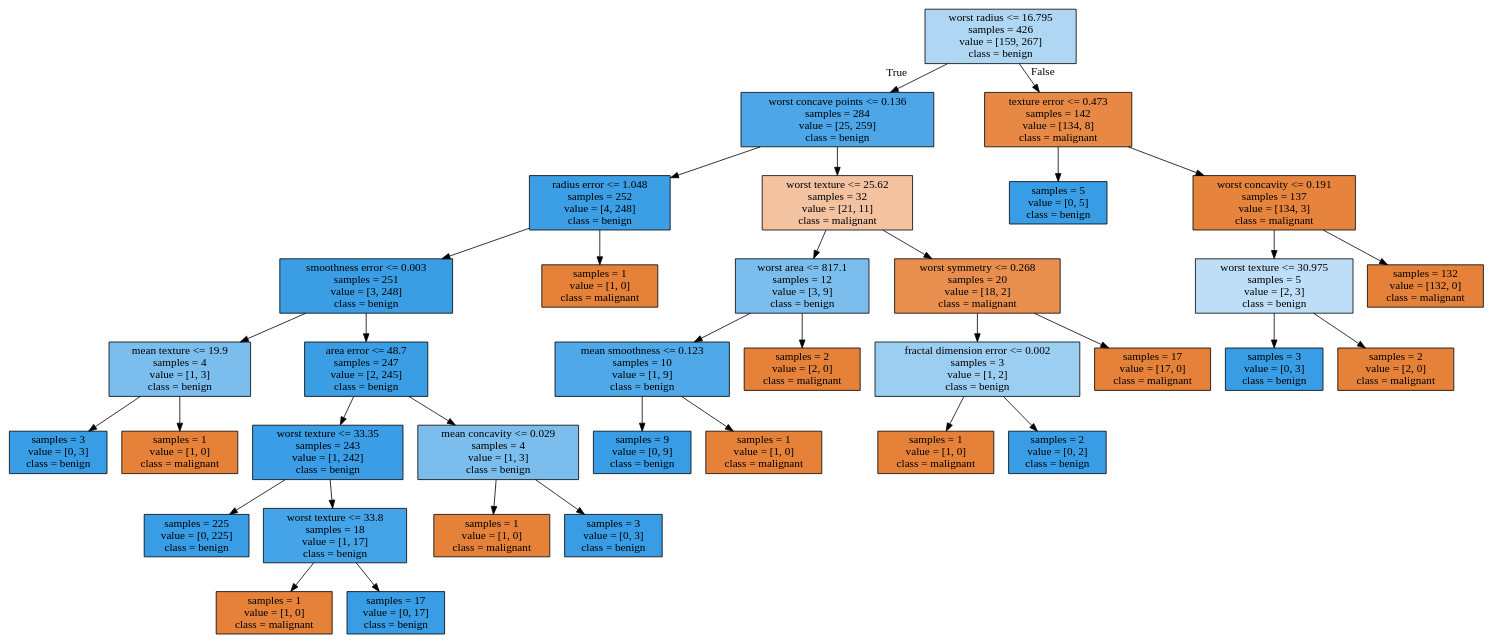
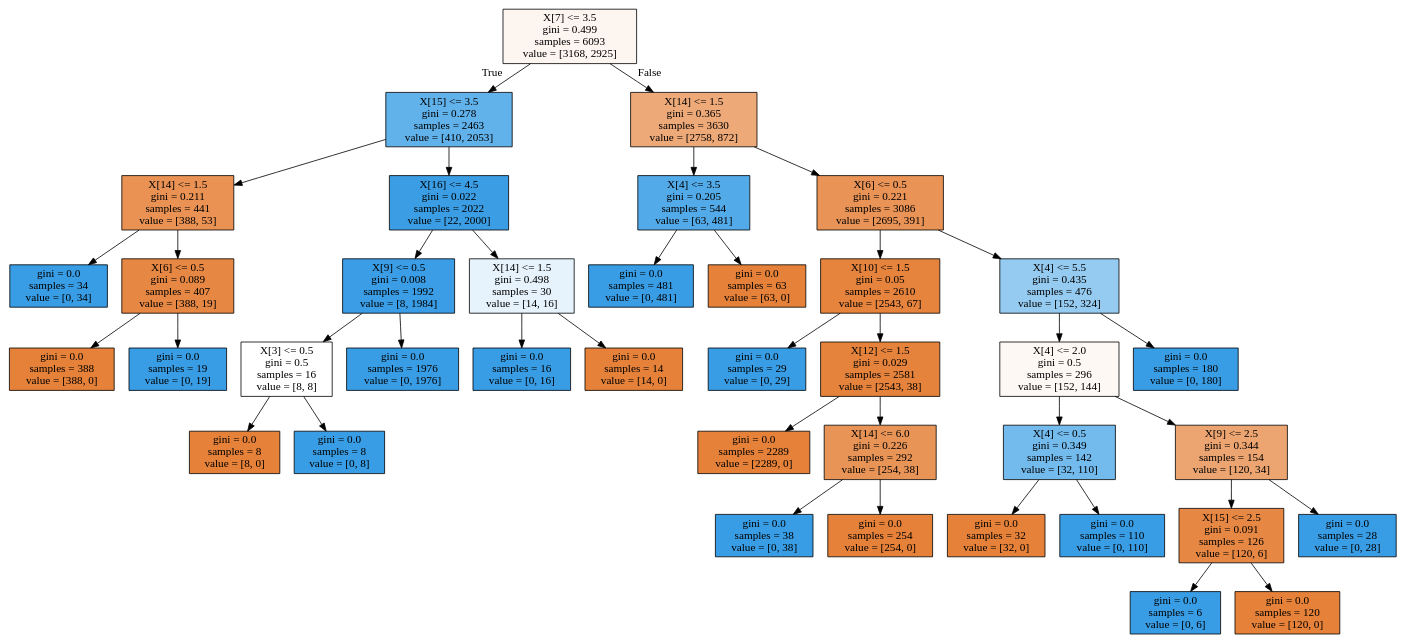
One commit to virginsky/SD_python_practice changed the diagram in tree.dot. Above: the diagram before and after it, drawn with Graphviz. The commit also changed 3 other files, not shown here.

```diff
--- a/tree.dot
+++ b/tree.dot
@@ -1,72 +1,80 @@
 digraph Tree {
 node [shape=box, style="filled", color="black"] ;
-0 [label="worst radius <= 16.795\nsamples = 426\nvalue = [159, 267]\nclass = benign", fillcolor="#afd7f4"] ;
-1 [label="worst concave points <= 0.136\nsamples = 284\nvalue = [25, 259]\nclass = benign", fillcolor="#4ca6e8"] ;
+0 [label="X[7] <= 3.5\ngini = 0.499\nsamples = 6093\nvalue = [3168, 2925]", fillcolor="#fdf5f0"] ;
+1 [label="X[15] <= 3.5\ngini = 0.278\nsamples = 2463\nvalue = [410, 2053]", fillcolor="#61b1ea"] ;
 0 -> 1 [labeldistance=2.5, labelangle=45, headlabel="True"] ;
-2 [label="radius error <= 1.048\nsamples = 252\nvalue = [4, 248]\nclass = benign", fillcolor="#3c9fe5"] ;
+2 [label="X[14] <= 1.5\ngini = 0.211\nsamples = 441\nvalue = [388, 53]", fillcolor="#e99254"] ;
 1 -> 2 ;
-3 [label="smoothness error <= 0.003\nsamples = 251\nvalue = [3, 248]\nclass = benign", fillcolor="#3b9ee5"] ;
+3 [label="gini = 0.0\nsamples = 34\nvalue = [0, 34]", fillcolor="#399de5"] ;
 2 -> 3 ;
-4 [label="mean texture <= 19.9\nsamples = 4\nvalue = [1, 3]\nclass = benign", fillcolor="#7bbeee"] ;
-3 -> 4 ;
-5 [label="samples = 3\nvalue = [0, 3]\nclass = benign", fillcolor="#399de5"] ;
+4 [label="X[6] <= 0.5\ngini = 0.089\nsamples = 407\nvalue = [388, 19]", fillcolor="#e68743"] ;
+2 -> 4 ;
+5 [label="gini = 0.0\nsamples = 388\nvalue = [388, 0]", fillcolor="#e58139"] ;
 4 -> 5 ;
-6 [label="samples = 1\nvalue = [1, 0]\nclass = malignant", fillcolor="#e58139"] ;
+6 [label="gini = 0.0\nsamples = 19\nvalue = [0, 19]", fillcolor="#399de5"] ;
 4 -> 6 ;
-7 [label="area error <= 48.7\nsamples = 247\nvalue = [2, 245]\nclass = benign", fillcolor="#3b9ee5"] ;
-3 -> 7 ;
-8 [label="worst texture <= 33.35\nsamples = 243\nvalue = [1, 242]\nclass = benign", fillcolor="#3a9de5"] ;
+7 [label="X[16] <= 4.5\ngini = 0.022\nsamples = 2022\nvalue = [22, 2000]", fillcolor="#3b9ee5"] ;
+1 -> 7 ;
+8 [label="X[9] <= 0.5\ngini = 0.008\nsamples = 1992\nvalue = [8, 1984]", fillcolor="#3a9de5"] ;
 7 -> 8 ;
-9 [label="samples = 225\nvalue = [0, 225]\nclass = benign", fillcolor="#399de5"] ;
+9 [label="X[3] <= 0.5\ngini = 0.5\nsamples = 16\nvalue = [8, 8]", fillcolor="#ffffff"] ;
 8 -> 9 ;
-10 [label="worst texture <= 33.8\nsamples = 18\nvalue = [1, 17]\nclass = benign", fillcolor="#45a3e7"] ;
-8 -> 10 ;
-11 [label="samples = 1\nvalue = [1, 0]\nclass = malignant", fillcolor="#e58139"] ;
-10 -> 11 ;
-12 [label="samples = 17\nvalue = [0, 17]\nclass = benign", fillcolor="#399de5"] ;
-10 -> 12 ;
-13 [label="mean concavity <= 0.029\nsamples = 4\nvalue = [1, 3]\nclass = benign", fillcolor="#7bbeee"] ;
+10 [label="gini = 0.0\nsamples = 8\nvalue = [8, 0]", fillcolor="#e58139"] ;
+9 -> 10 ;
+11 [label="gini = 0.0\nsamples = 8\nvalue = [0, 8]", fillcolor="#399de5"] ;
+9 -> 11 ;
+12 [label="gini = 0.0\nsamples = 1976\nvalue = [0, 1976]", fillcolor="#399de5"] ;
+8 -> 12 ;
+13 [label="X[14] <= 1.5\ngini = 0.498\nsamples = 30\nvalue = [14, 16]", fillcolor="#e6f3fc"] ;
 7 -> 13 ;
-14 [label="samples = 1\nvalue = [1, 0]\nclass = malignant", fillcolor="#e58139"] ;
+14 [label="gini = 0.0\nsamples = 16\nvalue = [0, 16]", fillcolor="#399de5"] ;
 13 -> 14 ;
-15 [label="samples = 3\nvalue = [0, 3]\nclass = benign", fillcolor="#399de5"] ;
+15 [label="gini = 0.0\nsamples = 14\nvalue = [14, 0]", fillcolor="#e58139"] ;
 13 -> 15 ;
-16 [label="samples = 1\nvalue = [1, 0]\nclass = malignant", fillcolor="#e58139"] ;
-2 -> 16 ;
-17 [label="worst texture <= 25.62\nsamples = 32\nvalue = [21, 11]\nclass = malignant", fillcolor="#f3c3a1"] ;
-1 -> 17 ;
-18 [label="worst area <= 817.1\nsamples = 12\nvalue = [3, 9]\nclass = benign", fillcolor="#7bbeee"] ;
+16 [label="X[14] <= 1.5\ngini = 0.365\nsamples = 3630\nvalue = [2758, 872]", fillcolor="#eda978"] ;
+0 -> 16 [labeldistance=2.5, labelangle=-45, headlabel="False"] ;
+17 [label="X[4] <= 3.5\ngini = 0.205\nsamples = 544\nvalue = [63, 481]", fillcolor="#53aae8"] ;
+16 -> 17 ;
+18 [label="gini = 0.0\nsamples = 481\nvalue = [0, 481]", fillcolor="#399de5"] ;
 17 -> 18 ;
-19 [label="mean smoothness <= 0.123\nsamples = 10\nvalue = [1, 9]\nclass = benign", fillcolor="#4fa8e8"] ;
-18 -> 19 ;
-20 [label="samples = 9\nvalue = [0, 9]\nclass = benign", fillcolor="#399de5"] ;
-19 -> 20 ;
-21 [label="samples = 1\nvalue = [1, 0]\nclass = malignant", fillcolor="#e58139"] ;
-19 -> 21 ;
-22 [label="samples = 2\nvalue = [2, 0]\nclass = malignant", fillcolor="#e58139"] ;
-18 -> 22 ;
-23 [label="worst symmetry <= 0.268\nsamples = 20\nvalue = [18, 2]\nclass = malignant", fillcolor="#e88f4f"] ;
-17 -> 23 ;
-24 [label="fractal dimension error <= 0.002\nsamples = 3\nvalue = [1, 2]\nclass = benign", fillcolor="#9ccef2"] ;
+19 [label="gini = 0.0\nsamples = 63\nvalue = [63, 0]", fillcolor="#e58139"] ;
+17 -> 19 ;
+20 [label="X[6] <= 0.5\ngini = 0.221\nsamples = 3086\nvalue = [2695, 391]", fillcolor="#e99356"] ;
+16 -> 20 ;
+21 [label="X[10] <= 1.5\ngini = 0.05\nsamples = 2610\nvalue = [2543, 67]", fillcolor="#e6843e"] ;
+20 -> 21 ;
+22 [label="gini = 0.0\nsamples = 29\nvalue = [0, 29]", fillcolor="#399de5"] ;
+21 -> 22 ;
+23 [label="X[12] <= 1.5\ngini = 0.029\nsamples = 2581\nvalue = [2543, 38]", fillcolor="#e5833c"] ;
+21 -> 23 ;
+24 [label="gini = 0.0\nsamples = 2289\nvalue = [2289, 0]", fillcolor="#e58139"] ;
 23 -> 24 ;
-25 [label="samples = 1\nvalue = [1, 0]\nclass = malignant", fillcolor="#e58139"] ;
-24 -> 25 ;
-26 [label="samples = 2\nvalue = [0, 2]\nclass = benign", fillcolor="#399de5"] ;
-24 -> 26 ;
-27 [label="samples = 17\nvalue = [17, 0]\nclass = malignant", fillcolor="#e58139"] ;
-23 -> 27 ;
-28 [label="texture error <= 0.473\nsamples = 142\nvalue = [134, 8]\nclass = malignant", fillcolor="#e78945"] ;
-0 -> 28 [labeldistance=2.5, labelangle=-45, headlabel="False"] ;
-29 [label="samples = 5\nvalue = [0, 5]\nclass = benign", fillcolor="#399de5"] ;
+25 [label="X[14] <= 6.0\ngini = 0.226\nsamples = 292\nvalue = [254, 38]", fillcolor="#e99457"] ;
+23 -> 25 ;
+26 [label="gini = 0.0\nsamples = 38\nvalue = [0, 38]", fillcolor="#399de5"] ;
+25 -> 26 ;
+27 [label="gini = 0.0\nsamples = 254\nvalue = [254, 0]", fillcolor="#e58139"] ;
+25 -> 27 ;
+28 [label="X[4] <= 5.5\ngini = 0.435\nsamples = 476\nvalue = [152, 324]", fillcolor="#96cbf1"] ;
+20 -> 28 ;
+29 [label="X[4] <= 2.0\ngini = 0.5\nsamples = 296\nvalue = [152, 144]", fillcolor="#fef8f5"] ;
 28 -> 29 ;
-30 [label="worst concavity <= 0.191\nsamples = 137\nvalue = [134, 3]\nclass = malignant", fillcolor="#e6843d"] ;
-28 -> 30 ;
-31 [label="worst texture <= 30.975\nsamples = 5\nvalue = [2, 3]\nclass = benign", fillcolor="#bddef6"] ;
+30 [label="X[4] <= 0.5\ngini = 0.349\nsamples = 142\nvalue = [32, 110]", fillcolor="#73baed"] ;
+29 -> 30 ;
+31 [label="gini = 0.0\nsamples = 32\nvalue = [32, 0]", fillcolor="#e58139"] ;
 30 -> 31 ;
-32 [label="samples = 3\nvalue = [0, 3]\nclass = benign", fillcolor="#399de5"] ;
-31 -> 32 ;
-33 [label="samples = 2\nvalue = [2, 0]\nclass = malignant", fillcolor="#e58139"] ;
-31 -> 33 ;
-34 [label="samples = 132\nvalue = [132, 0]\nclass = malignant", fillcolor="#e58139"] ;
-30 -> 34 ;
+32 [label="gini = 0.0\nsamples = 110\nvalue = [0, 110]", fillcolor="#399de5"] ;
+30 -> 32 ;
+33 [label="X[9] <= 2.5\ngini = 0.344\nsamples = 154\nvalue = [120, 34]", fillcolor="#eca571"] ;
+29 -> 33 ;
+34 [label="X[15] <= 2.5\ngini = 0.091\nsamples = 126\nvalue = [120, 6]", fillcolor="#e68743"] ;
+33 -> 34 ;
+35 [label="gini = 0.0\nsamples = 6\nvalue = [0, 6]", fillcolor="#399de5"] ;
+34 -> 35 ;
+36 [label="gini = 0.0\nsamples = 120\nvalue = [120, 0]", fillcolor="#e58139"] ;
+34 -> 36 ;
+37 [label="gini = 0.0\nsamples = 28\nvalue = [0, 28]", fillcolor="#399de5"] ;
+33 -> 37 ;
+38 [label="gini = 0.0\nsamples = 180\nvalue = [0, 180]", fillcolor="#399de5"] ;
+28 -> 38 ;
 }
```
